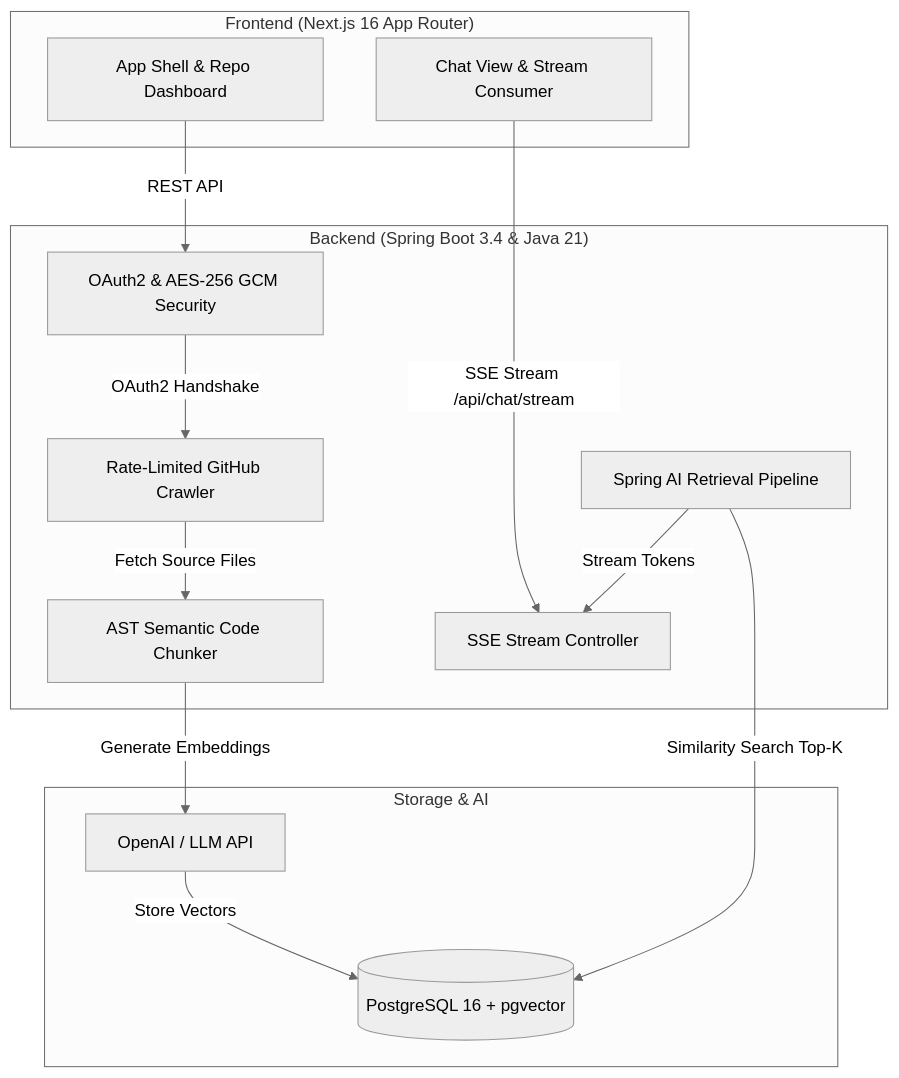
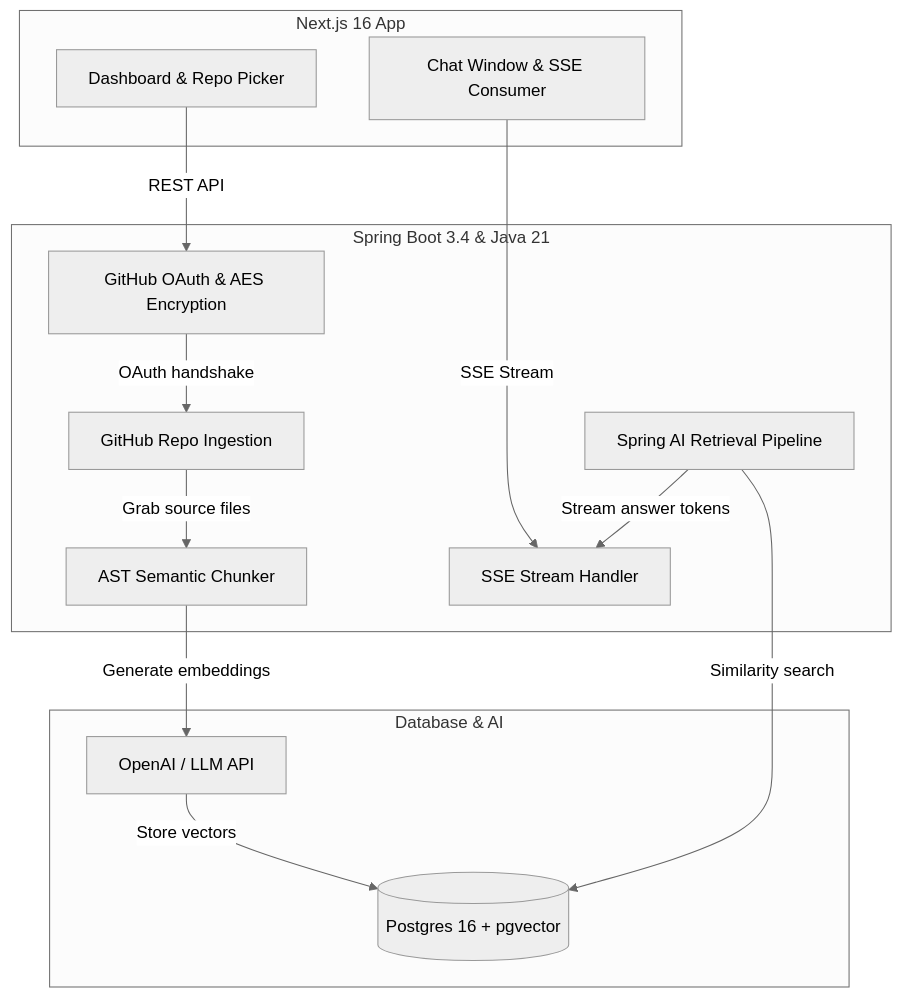
One commit to sanjanamandal1/plottwist changed the diagram in README.md. Above: the diagram before and after it, drawn with Mermaid (neutral theme). The commit also changed other lines of this file, not shown here.

````diff
--- a/README.md
+++ b/README.md
@@ -61,29 +63,29 @@
 ```mermaid
 flowchart TD
-    subgraph Client ["Frontend (Next.js 16 App Router)"]
-        UI[App Shell & Repo Dashboard]
-        Chat[Chat View & Stream Consumer]
+    subgraph Frontend ["Next.js 16 App"]
+        UI[Dashboard & Repo Picker]
+        Chat[Chat Window & SSE Consumer]
     end
 
-    subgraph Backend ["Backend (Spring Boot 3.4 & Java 21)"]
-        Auth[OAuth2 & AES-256 GCM Security]
-        Crawler[Rate-Limited GitHub Crawler]
-        Chunker[AST Semantic Code Chunker]
+    subgraph Backend ["Spring Boot 3.4 & Java 21"]
+        Auth[GitHub OAuth & AES Encryption]
+        Crawler[GitHub Repo Ingestion]
+        Chunker[AST Semantic Chunker]
         RAG[Spring AI Retrieval Pipeline]
-        SSE[SSE Stream Controller]
+        SSE[SSE Stream Handler]
     end
 
-    subgraph Storage ["Storage & AI"]
-        PG[(PostgreSQL 16 + pgvector)]
-        Embeddings[OpenAI / LLM API]
+    subgraph DataLayer ["Database & AI"]
+        PG[(Postgres 16 + pgvector)]
+        AI[OpenAI / LLM API]
     end
 
     UI -->|REST API| Auth
-    Chat -->|SSE Stream /api/chat/stream| SSE
-    Auth -->|OAuth2 Handshake| Crawler
-    Crawler -->|Fetch Source Files| Chunker
-    Chunker -->|Generate Embeddings| Embeddings
-    Embeddings -->|Store Vectors| PG
-    RAG -->|Similarity Search Top-K| PG
-    RAG -->|Stream Tokens| SSE
+    Chat -->|SSE Stream| SSE
+    Auth -->|OAuth handshake| Crawler
+    Crawler -->|Grab source files| Chunker
+    Chunker -->|Generate embeddings| AI
+    AI -->|Store vectors| PG
+    RAG -->|Similarity search| PG
+    RAG -->|Stream answer tokens| SSE
 ```
````
